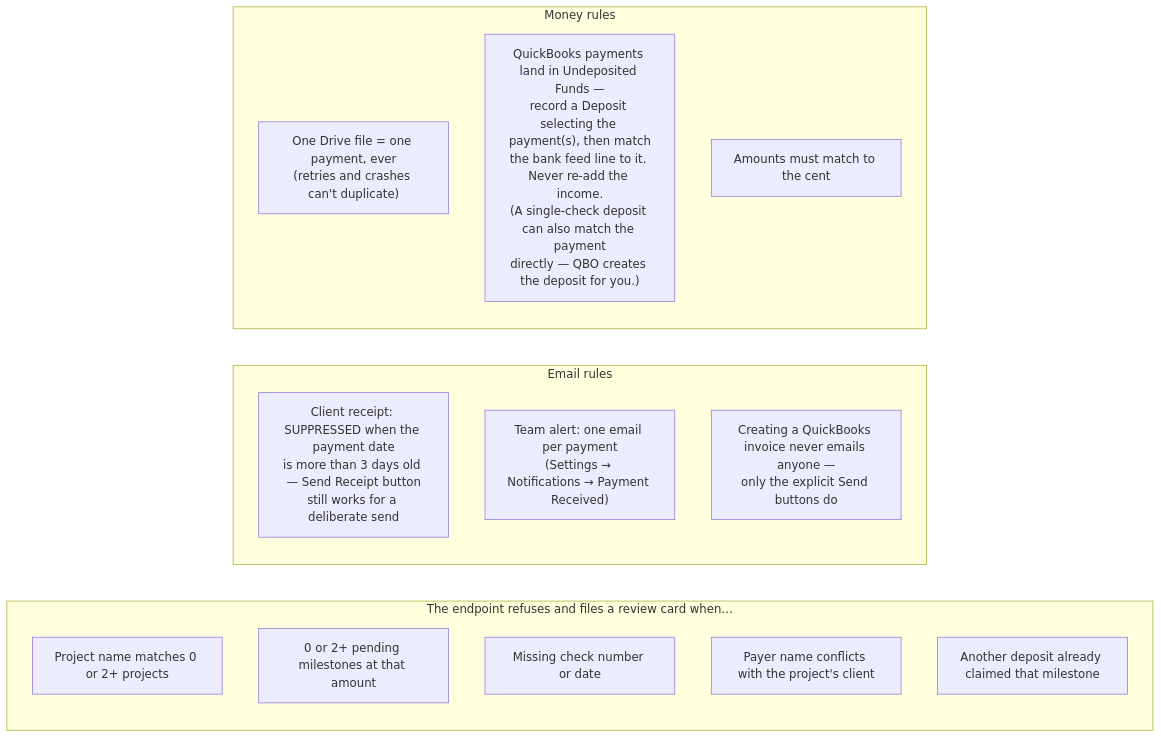
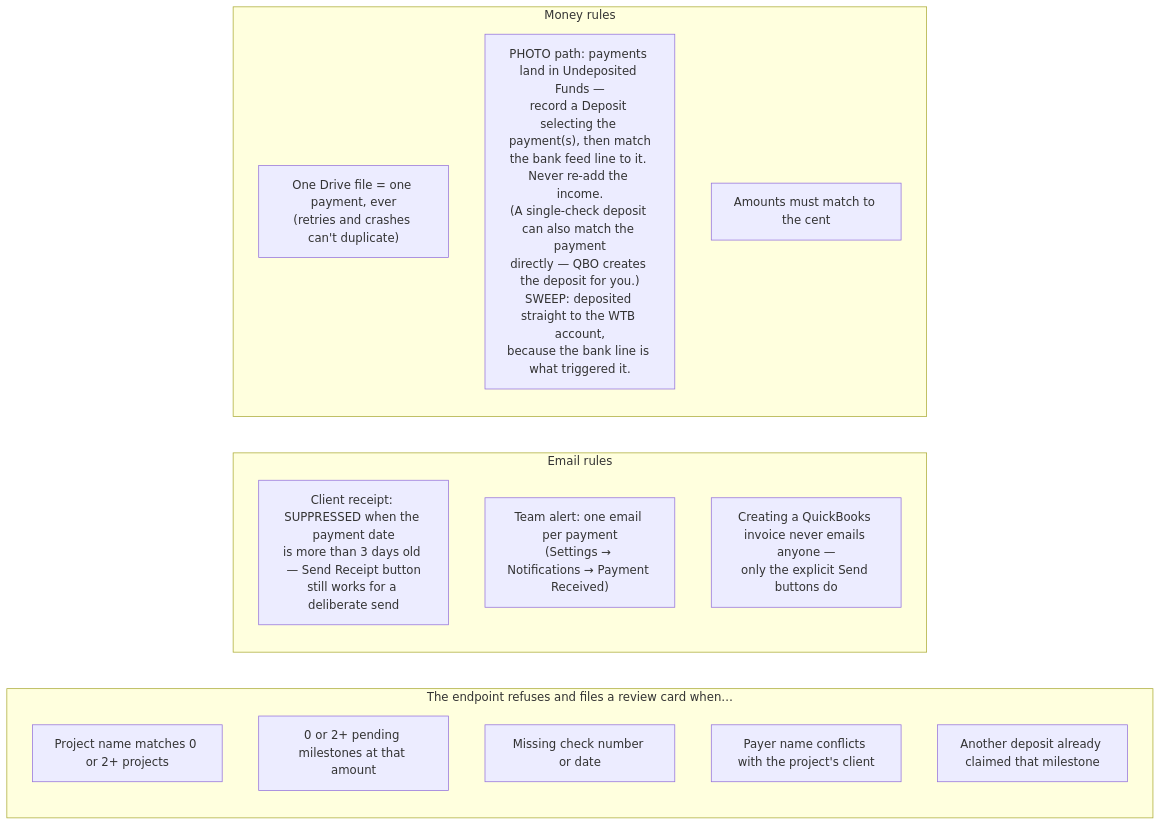
Before and after one commit to Clarion1631/probuild: the second of 4 diagrams in docs/DEPOSIT-PIPELINE.md, drawn with Mermaid. The commit also changed other lines of this file, not shown here.

First line of the commit message:
docs(deposit-pipeline): the bank source, its guards and the new state

````diff
--- a/docs/DEPOSIT-PIPELINE.md
+++ b/docs/DEPOSIT-PIPELINE.md
@@ -32,20 +34,20 @@
 ```mermaid
 flowchart LR
     subgraph Refuses["The endpoint refuses and files a review card when…"]
         R1["Project name matches 0 or 2+ projects"]
         R2["0 or 2+ pending milestones at that amount"]
         R3["Missing check number or date"]
         R4["Payer name conflicts with the project's client"]
         R5["Another deposit already claimed that milestone"]
     end
     subgraph Emails["Email rules"]
         E1["Client receipt: SUPPRESSED when the payment date<br/>is more than 3 days old — Send Receipt button<br/>still works for a deliberate send"]
         E2["Team alert: one email per payment<br/>(Settings → Notifications → Payment Received)"]
         E3["Creating a QuickBooks invoice never emails anyone —<br/>only the explicit Send buttons do"]
     end
     subgraph Money["Money rules"]
         M1["One Drive file = one payment, ever<br/>(retries and crashes can't duplicate)"]
-        M2["QuickBooks payments land in Undeposited Funds —<br/>record a Deposit selecting the payment(s), then match<br/>the bank feed line to it. Never re-add the income.<br/>(A single-check deposit can also match the payment<br/>directly — QBO creates the deposit for you.)"]
+        M2["PHOTO path: payments land in Undeposited Funds —<br/>record a Deposit selecting the payment(s), then match<br/>the bank feed line to it. Never re-add the income.<br/>(A single-check deposit can also match the payment<br/>directly — QBO creates the deposit for you.)<br/>SWEEP: deposited straight to the WTB account,<br/>because the bank line is what triggered it."]
         M3["Amounts must match to the cent"]
     end
 ```
````
